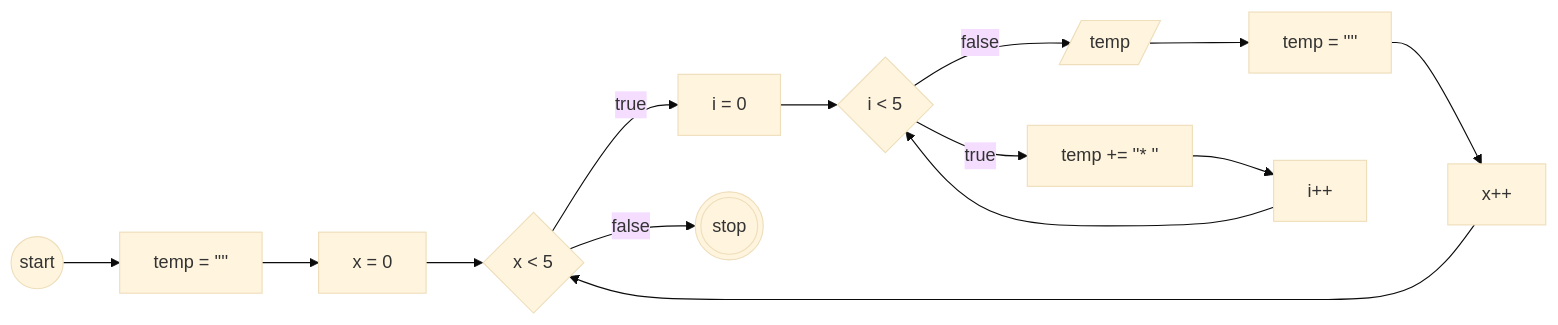
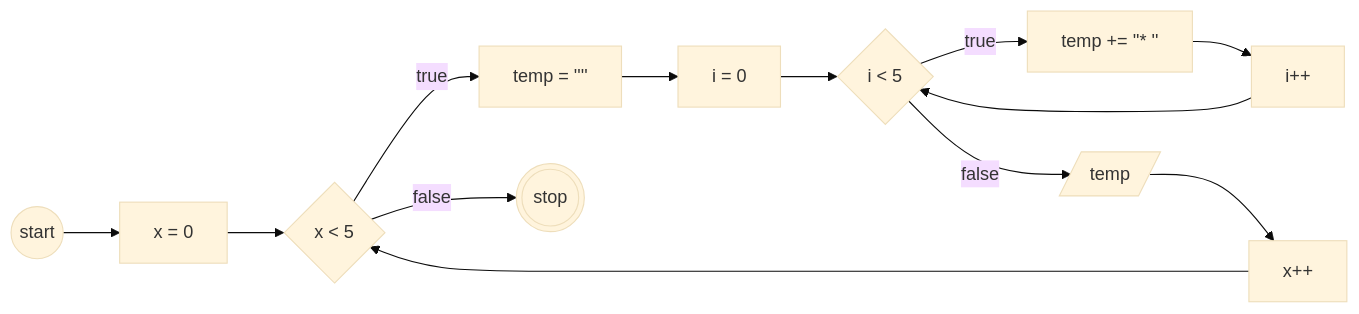
Before and after one commit to ecenn/koda-b10-javascript3: the first of 2 diagrams in README.md, drawn with Mermaid (base theme). The commit also changed 1 other file, not shown here.

````diff
--- a/README.md
+++ b/README.md
@@ -17,28 +17,28 @@
 ```mermaid
 
 flowchart LR
 
 a((start))
-b[temp = '''']
-c[x = 0]
-d{x < 5}
+b[x = 0]
+c{x < 5}
+d[temp = '''']
 e[i = 0]
 f{i < 5}
 g[temp += ''* '']
 h[/temp/]
-i[temp = '''']
 j[i++]
 k[x++]
 z(((stop)))
 
-a --> b --> c --> d
-d --true--> e --> f
+a --> b --> c
+c --true--> d
+d --> e --> f
 f --true--> g
 g --> j
 j --> f
 f --false--> h
-h --> i --> k
-k --> d
-d --false--> z
+h --> k
+k --> c
+c --false--> z
 
 ```
````
